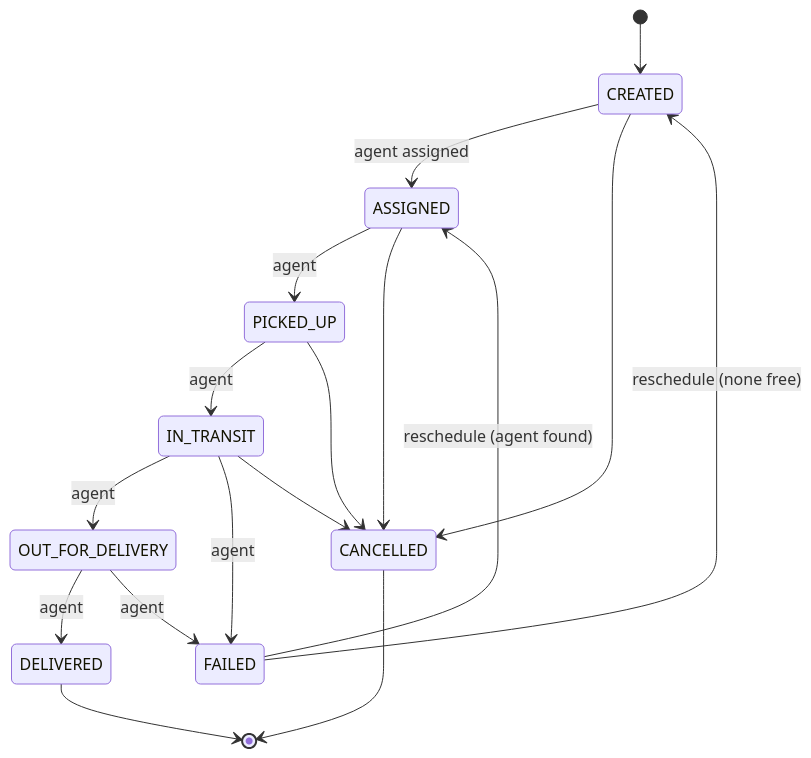
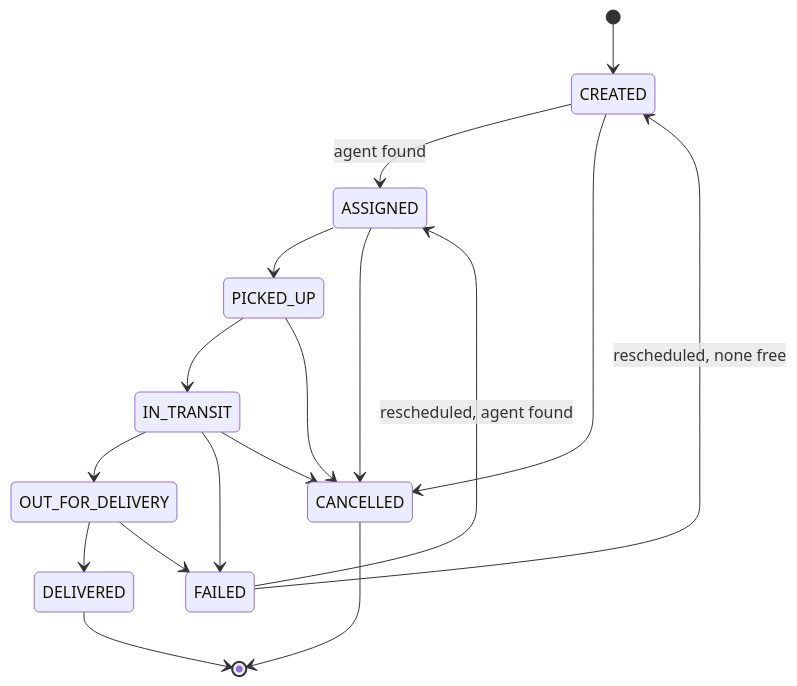
The diagram in README.md (devaskswhy/Last-Mile_DeliveryTracker-D7V-), drawn with Mermaid before and after one commit. The commit also changed other lines of this file, not shown here.

````diff
--- a/README.md
+++ b/README.md
@@ -929,19 +347,19 @@
 ```mermaid
 stateDiagram-v2
   [*] --> CREATED
-  CREATED --> ASSIGNED: agent assigned
-  ASSIGNED --> PICKED_UP: agent
-  PICKED_UP --> IN_TRANSIT: agent
-  IN_TRANSIT --> OUT_FOR_DELIVERY: agent
-  OUT_FOR_DELIVERY --> DELIVERED: agent
-  IN_TRANSIT --> FAILED: agent
-  OUT_FOR_DELIVERY --> FAILED: agent
-  FAILED --> ASSIGNED: reschedule (agent found)
-  FAILED --> CREATED: reschedule (none free)
+  CREATED --> ASSIGNED: agent found
+  ASSIGNED --> PICKED_UP
+  PICKED_UP --> IN_TRANSIT
+  IN_TRANSIT --> OUT_FOR_DELIVERY
+  OUT_FOR_DELIVERY --> DELIVERED
+  IN_TRANSIT --> FAILED
+  OUT_FOR_DELIVERY --> FAILED
+  FAILED --> ASSIGNED: rescheduled, agent found
+  FAILED --> CREATED: rescheduled, none free
   CREATED --> CANCELLED
   ASSIGNED --> CANCELLED
   PICKED_UP --> CANCELLED
   IN_TRANSIT --> CANCELLED
   DELIVERED --> [*]
   CANCELLED --> [*]
 ```
````
